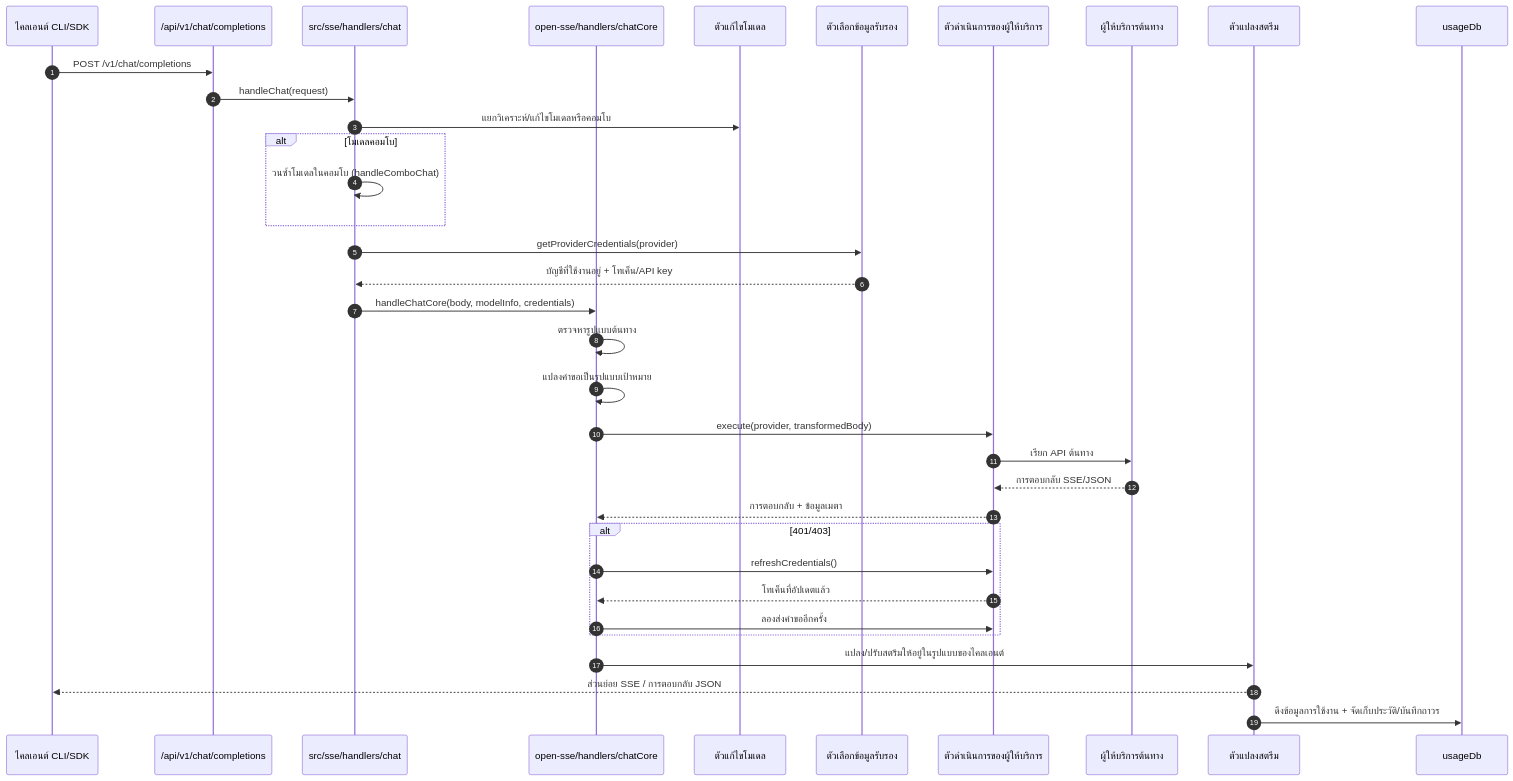
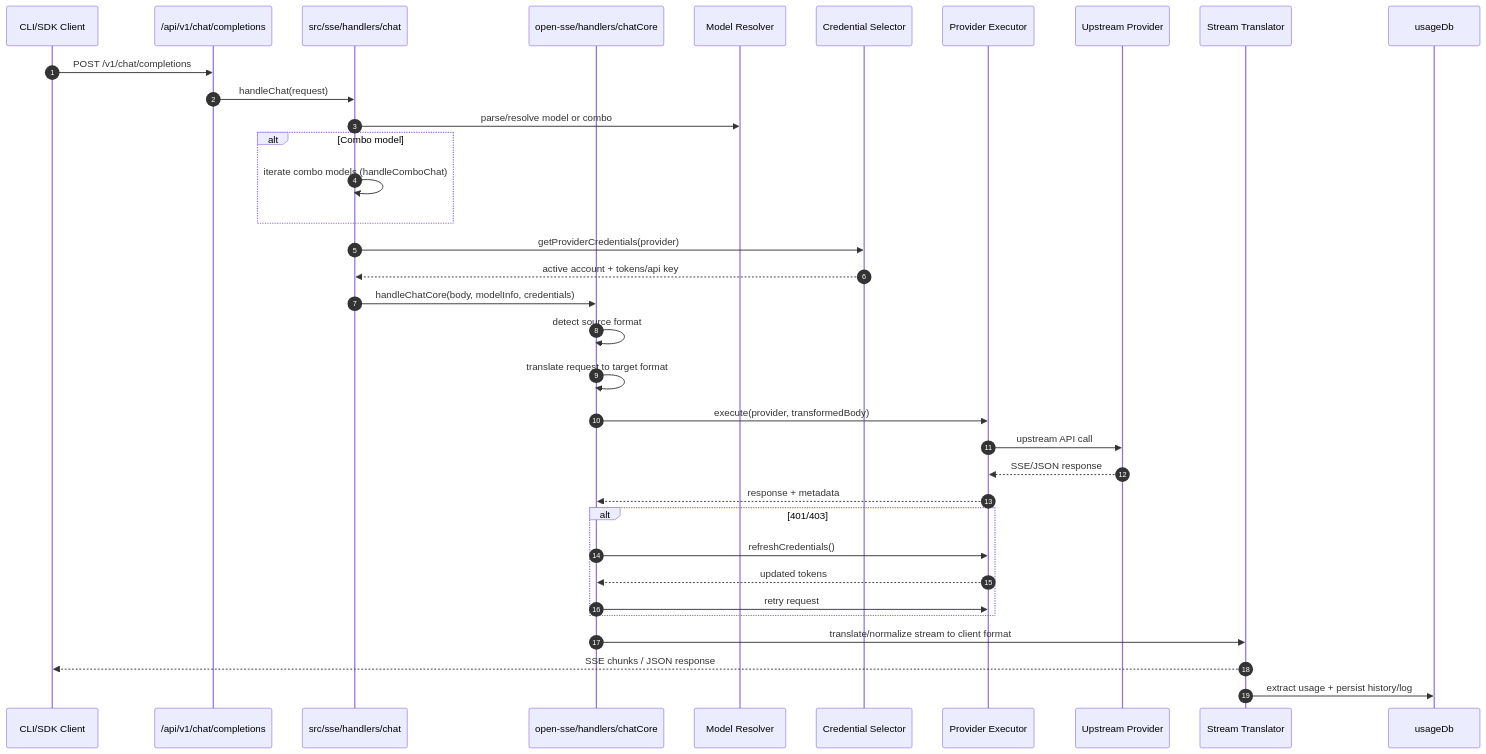
One commit to niyatna/NiyatnaRoute changed the second of 7 diagrams in docs/i18n/th/docs/architecture/ARCHITECTURE.md. Above: the diagram before and after it, drawn with Mermaid. The commit also changed other lines of this file and 2447 other files, not shown here.

````diff
--- a/docs/i18n/th/docs/architecture/ARCHITECTURE.md
+++ b/docs/i18n/th/docs/architecture/ARCHITECTURE.md
@@ -544,44 +330,44 @@
 ```mermaid
 sequenceDiagram
     autonumber
-    participant Client as ไคลเอนต์ CLI/SDK
+    participant Client as CLI/SDK Client
     participant Route as /api/v1/chat/completions
     participant Chat as src/sse/handlers/chat
     participant Core as open-sse/handlers/chatCore
-    participant Model as ตัวแก้ไขโมเดล
-    participant Auth as ตัวเลือกข้อมูลรับรอง
-    participant Exec as ตัวดำเนินการของผู้ให้บริการ
-    participant Prov as ผู้ให้บริการต้นทาง
-    participant Stream as ตัวแปลงสตรีม
+    participant Model as Model Resolver
+    participant Auth as Credential Selector
+    participant Exec as Provider Executor
+    participant Prov as Upstream Provider
+    participant Stream as Stream Translator
     participant Usage as usageDb
 
     Client->>Route: POST /v1/chat/completions
     Route->>Chat: handleChat(request)
-    Chat->>Model: แยกวิเคราะห์/แก้ไขโมเดลหรือคอมโบ
+    Chat->>Model: parse/resolve model or combo
 
-    alt โมเดลคอมโบ
-        Chat->>Chat: วนซ้ำโมเดลในคอมโบ (handleComboChat)
+    alt Combo model
+        Chat->>Chat: iterate combo models (handleComboChat)
     end
 
     Chat->>Auth: getProviderCredentials(provider)
-    Auth-->>Chat: บัญชีที่ใช้งานอยู่ + โทเค็น/API key
+    Auth-->>Chat: active account + tokens/api key
 
     Chat->>Core: handleChatCore(body, modelInfo, credentials)
-    Core->>Core: ตรวจหารูปแบบต้นทาง
-    Core->>Core: แปลงคำขอเป็นรูปแบบเป้าหมาย
+    Core->>Core: detect source format
+    Core->>Core: translate request to target format
     Core->>Exec: execute(provider, transformedBody)
-    Exec->>Prov: เรียก API ต้นทาง
-    Prov-->>Exec: การตอบกลับ SSE/JSON
-    Exec-->>Core: การตอบกลับ + ข้อมูลเมตา
+    Exec->>Prov: upstream API call
+    Prov-->>Exec: SSE/JSON response
+    Exec-->>Core: response + metadata
 
     alt 401/403
         Core->>Exec: refreshCredentials()
-        Exec-->>Core: โทเค็นที่อัปเดตแล้ว
-        Core->>Exec: ลองส่งคำขออีกครั้ง
+        Exec-->>Core: updated tokens
+        Core->>Exec: retry request
     end
 
-    Core->>Stream: แปลง/ปรับสตรีมให้อยู่ในรูปแบบของไคลเอนต์
-    Stream-->>Client: ส่วนย่อย SSE / การตอบกลับ JSON
+    Core->>Stream: translate/normalize stream to client format
+    Stream-->>Client: SSE chunks / JSON response
 
-    Stream->>Usage: ดึงข้อมูลการใช้งาน + จัดเก็บประวัติ/บันทึกถาวร
+    Stream->>Usage: extract usage + persist history/log
 ```
````
